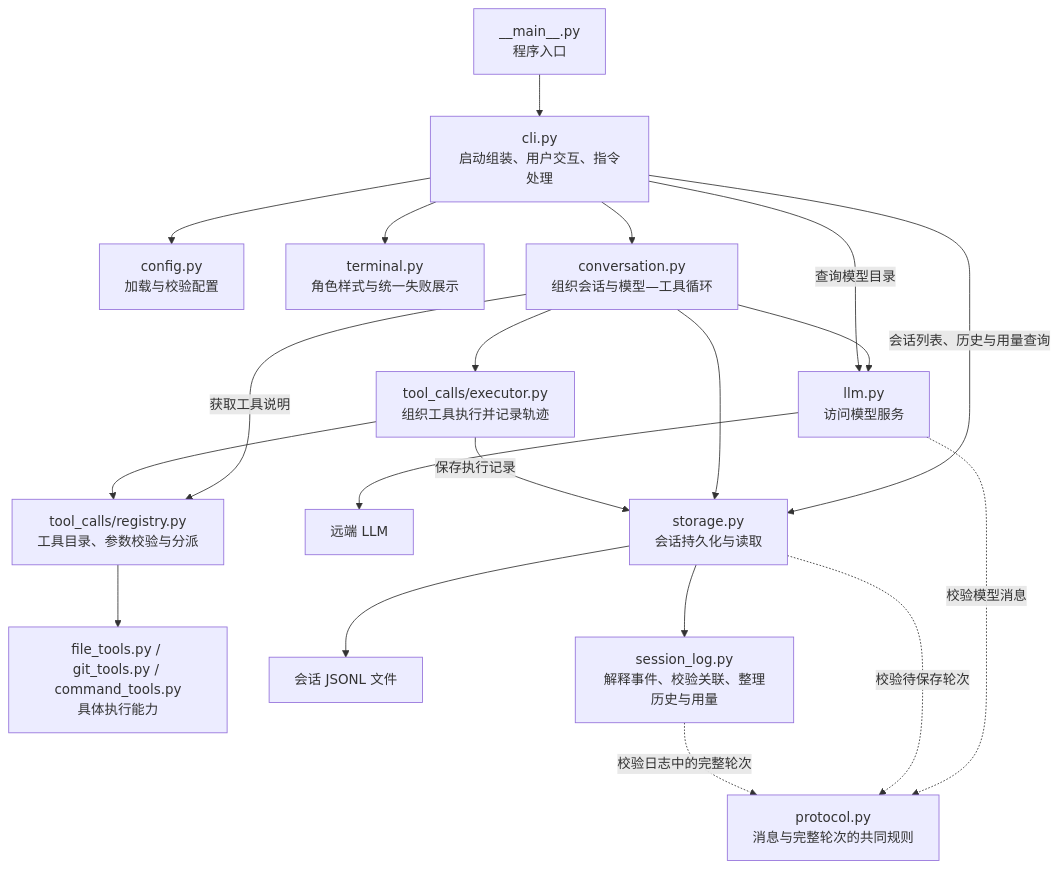
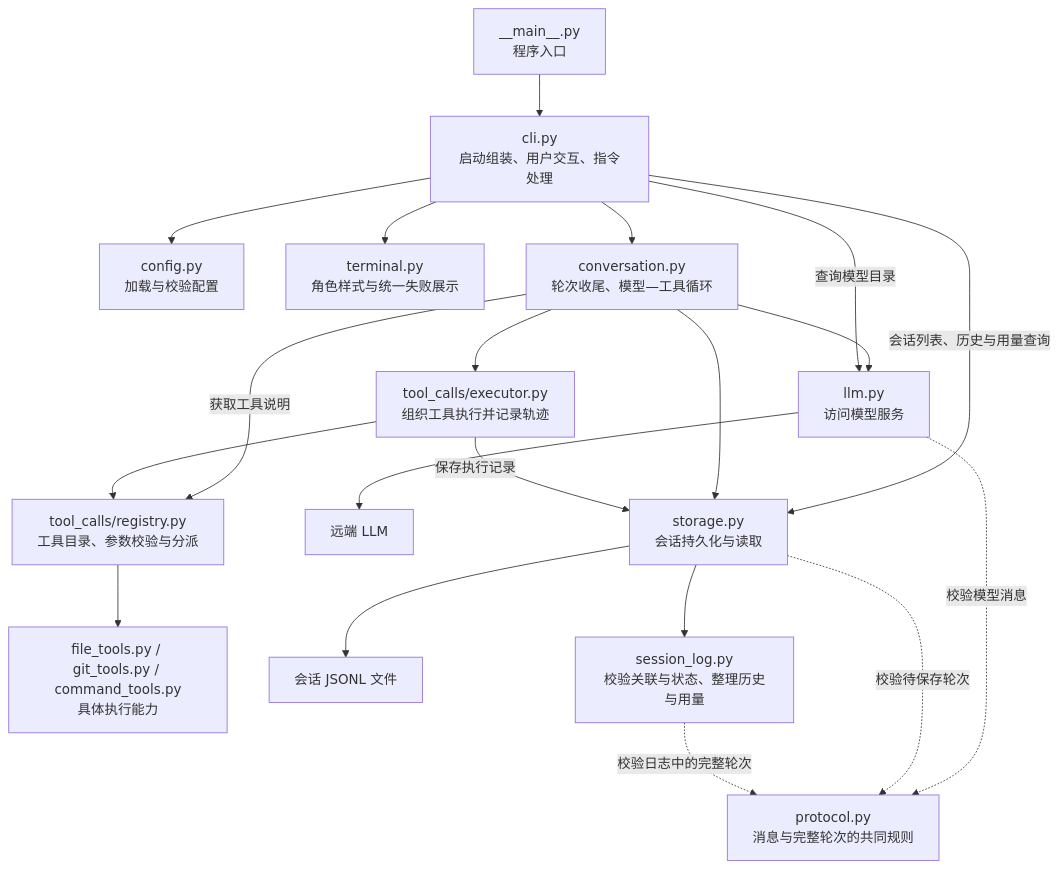
Before and after one commit to Plvltra/AdamAgent: the first of 3 diagrams in docs/architecture.md, drawn with Mermaid. The commit also changed other lines of this file and 13 other files, not shown here.

````diff
--- a/docs/architecture.md
+++ b/docs/architecture.md
@@ -15,25 +15,25 @@
 ```mermaid
 flowchart TD
     ENTRY["__main__.py<br/>程序入口"] --> CLI["cli.py<br/>启动组装、用户交互、指令处理"]
     CLI --> CONFIG["config.py<br/>加载与校验配置"]
     CLI --> TERMINAL["terminal.py<br/>角色样式与统一失败展示"]
-    CLI --> CONV["conversation.py<br/>组织会话与模型—工具循环"]
+    CLI --> CONV["conversation.py<br/>轮次收尾、模型—工具循环"]
     CLI -->|"会话列表、历史与用量查询"| STORE["storage.py<br/>会话持久化与读取"]
 
     CONV --> LLM["llm.py<br/>访问模型服务"]
     CLI -->|"查询模型目录"| LLM
     LLM --> API["远端 LLM"]
     CONV --> EXEC["tool_calls/executor.py<br/>组织工具执行并记录轨迹"]
     CONV -->|"获取工具说明"| REG["tool_calls/registry.py<br/>工具目录、参数校验与分派"]
     EXEC --> REG
     REG --> TOOLS["file_tools.py / git_tools.py / command_tools.py<br/>具体执行能力"]
 
     CONV --> STORE
     EXEC -->|"保存执行记录"| STORE
     STORE --> FILE["会话 JSONL 文件"]
-    STORE --> LOG["session_log.py<br/>解释事件、校验关联、整理历史与用量"]
+    STORE --> LOG["session_log.py<br/>校验关联与状态、整理历史与用量"]
 
     LLM -.->|"校验模型消息"| PROTOCOL["protocol.py<br/>消息与完整轮次的共同规则"]
     STORE -.->|"校验待保存轮次"| PROTOCOL
     LOG -.->|"校验日志中的完整轮次"| PROTOCOL
 ```
````
